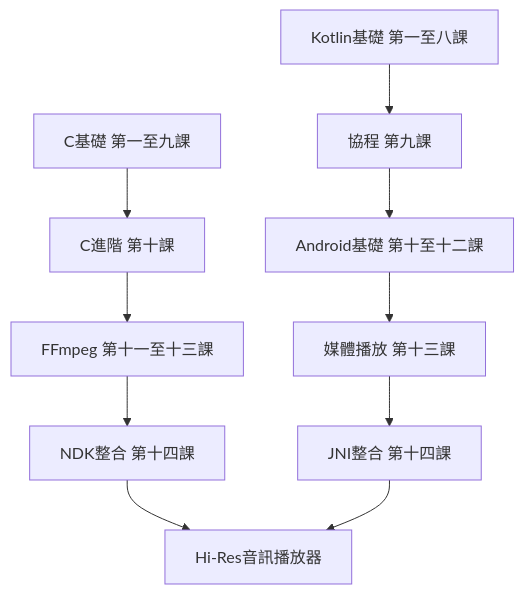
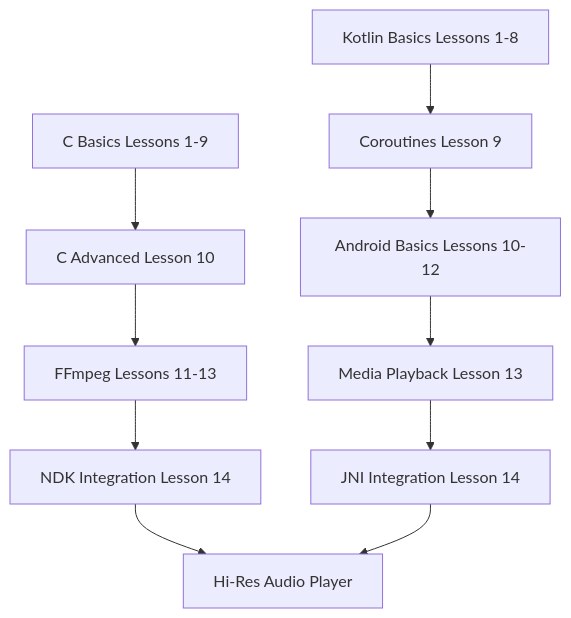
The diagram in README.md (marcobibichan/bibichan-Android-Playground), drawn with Mermaid before and after one commit. The commit also changed other lines of this file and 18 other files, not shown here.

````diff
--- a/README.md
+++ b/README.md
@@ -81,14 +81,14 @@
 ```mermaid
 graph TD
-    A[C基礎 第一至九課] --> B[C進階 第十課]
-    B --> C[FFmpeg 第十一至十三課]
-    C --> D[NDK整合 第十四課]
+    A[C Basics Lessons 1-9] --> B[C Advanced Lesson 10]
+    B --> C[FFmpeg Lessons 11-13]
+    C --> D[NDK Integration Lesson 14]
 
-    E[Kotlin基礎 第一至八課] --> F[協程 第九課]
-    F --> G[Android基礎 第十至十二課]
-    G --> H[媒體播放 第十三課]
-    H --> I[JNI整合 第十四課]
+    E[Kotlin Basics Lessons 1-8] --> F[Coroutines Lesson 9]
+    F --> G[Android Basics Lessons 10-12]
+    G --> H[Media Playback Lesson 13]
+    H --> I[JNI Integration Lesson 14]
 
-    D --> J[Hi-Res音訊播放器]
+    D --> J[Hi-Res Audio Player]
     I --> J
 ```
````
